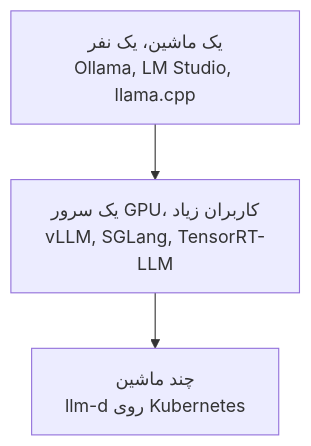
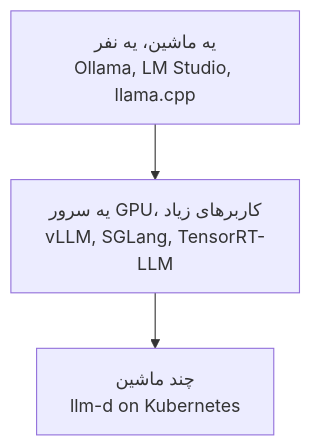
One commit to lokumai/ai-engineering-bazaar changed the first of 2 diagrams in mini-courses/4_ecosystem/inference_engines_fa.md. Above: the diagram before and after it, drawn with Mermaid. The commit also changed other lines of this file and 63 other files, not shown here.

````diff
--- a/mini-courses/4_ecosystem/inference_engines_fa.md
+++ b/mini-courses/4_ecosystem/inference_engines_fa.md
@@ -33,5 +33,5 @@
 ```mermaid
 graph TD
-    A["یک ماشین، یک نفر<br/>Ollama, LM Studio, llama.cpp"] --> B["یک سرور GPU، کاربران زیاد<br/>vLLM, SGLang, TensorRT-LLM"]
-    B --> C["چند ماشین<br/>llm-d روی Kubernetes"]
+    A["یه ماشین، یه نفر<br/>Ollama, LM Studio, llama.cpp"] --> B["یه سرور GPU، کاربرهای زیاد<br/>vLLM, SGLang, TensorRT-LLM"]
+    B --> C["چند ماشین<br/>llm-d on Kubernetes"]
 ```
````
